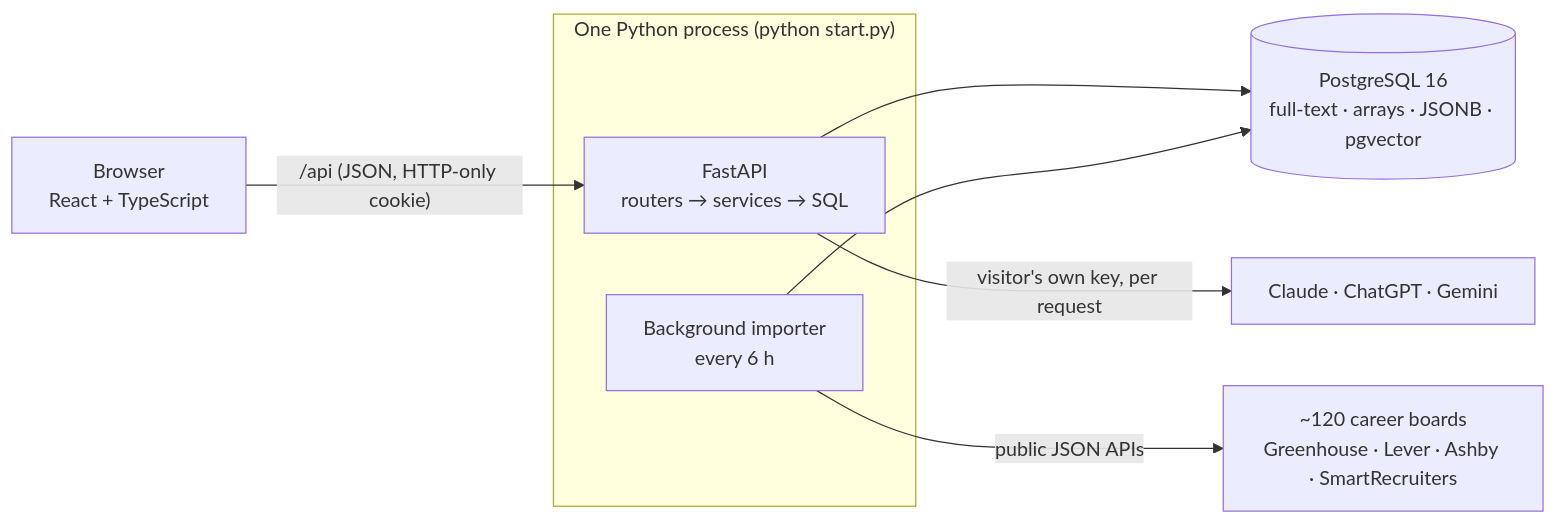
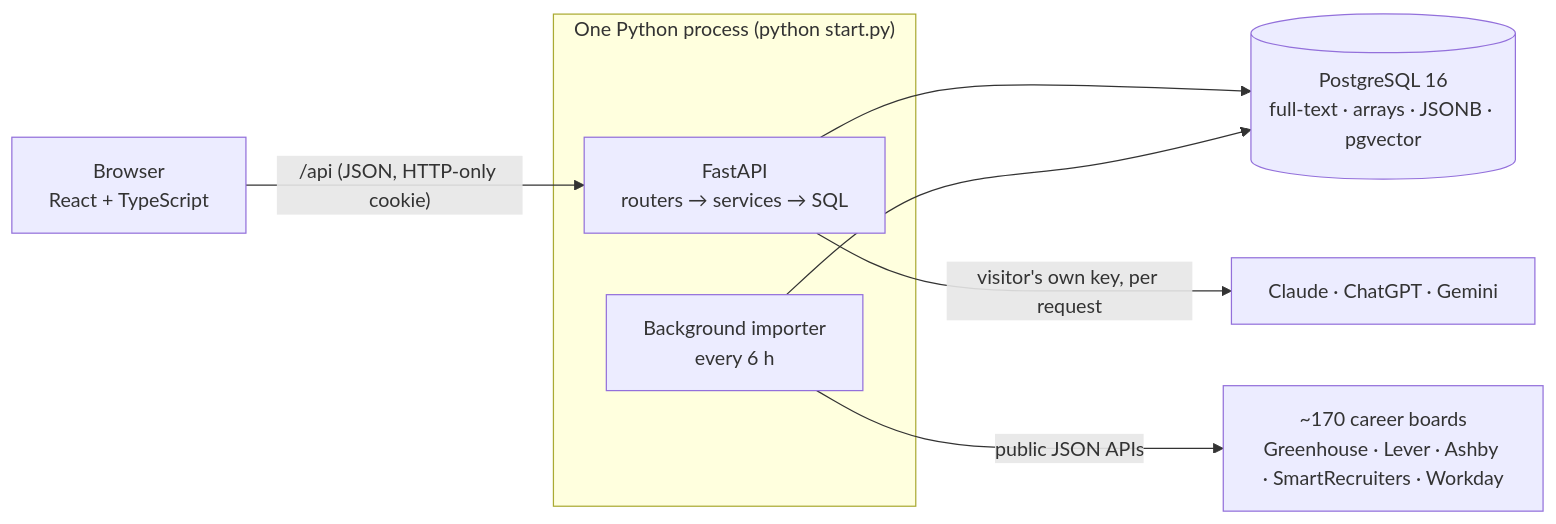
One commit to mbendari7/COOP-Radar changed the diagram in README.md. Above: the diagram before and after it, drawn with Mermaid. The commit also changed other lines of this file and 64 other files, not shown here.

````diff
--- a/README.md
+++ b/README.md
@@ -54,12 +56,12 @@
 ```mermaid
 flowchart LR
     B["Browser<br/>React + TypeScript"] -->|"/api (JSON, HTTP-only cookie)"| API
     subgraph Server["One Python process (python start.py)"]
       API["FastAPI<br/>routers → services → SQL"]
       JOBS["Background importer<br/>every 6 h"]
     end
     API --> DB[("PostgreSQL 16<br/>full-text · arrays · JSONB · pgvector")]
     JOBS --> DB
-    JOBS -->|"public JSON APIs"| BOARDS["~120 career boards<br/>Greenhouse · Lever · Ashby · SmartRecruiters"]
+    JOBS -->|"public JSON APIs"| BOARDS["~170 career boards<br/>Greenhouse · Lever · Ashby · SmartRecruiters · Workday"]
     API -->|"visitor's own key, per request"| AI["Claude · ChatGPT · Gemini"]
 ```
````
